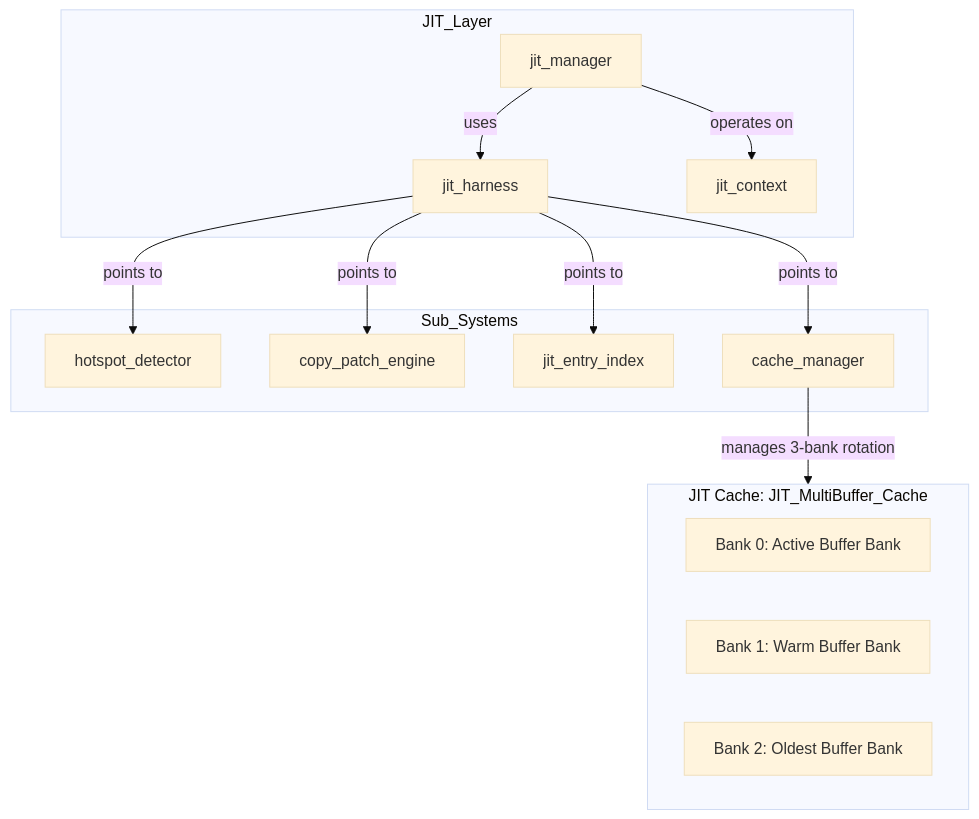
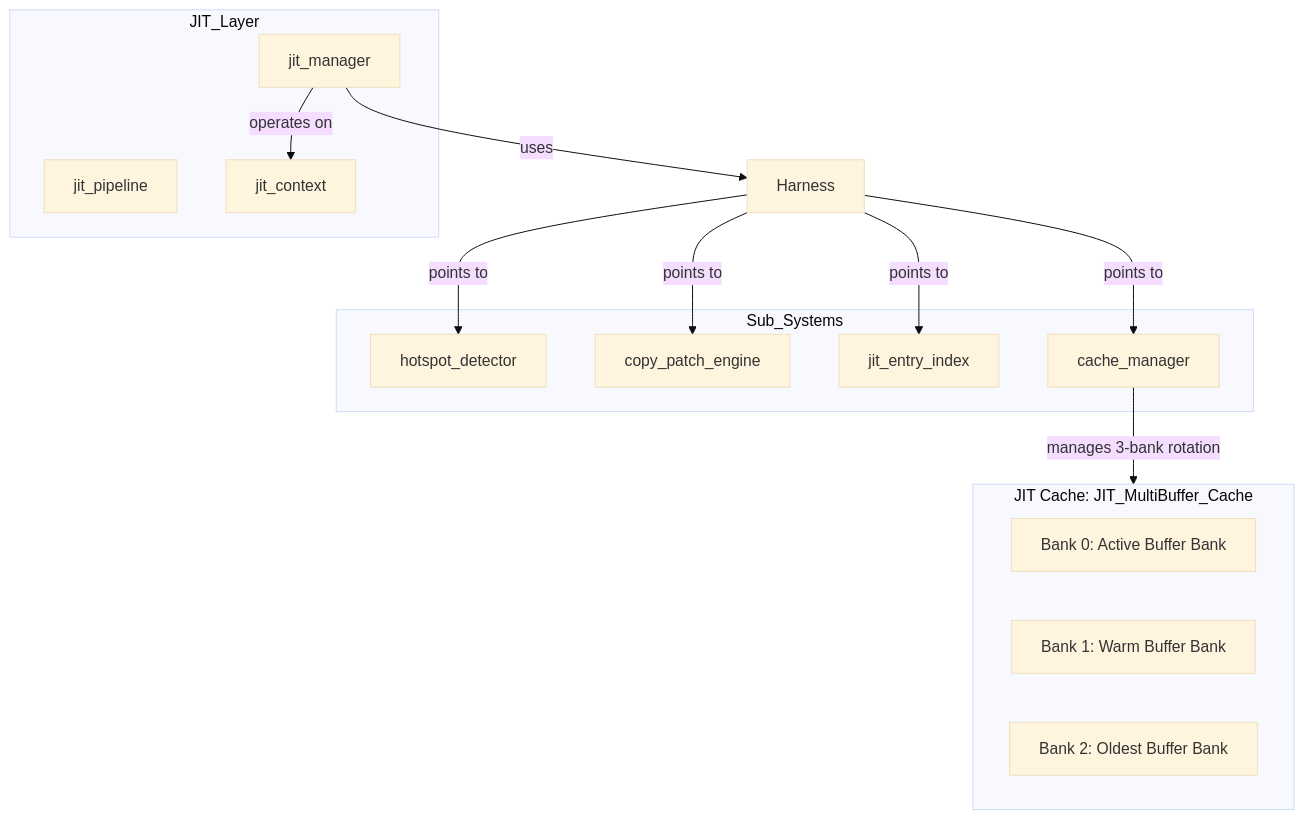
One commit to kmt-t/fireball changed the first of 3 diagrams in docs/components/tier3_jit/jit_compiler.md. Above: the diagram before and after it, drawn with Mermaid (base theme). The commit also changed other lines of this file and 20 other files, not shown here.

````diff
--- a/docs/components/tier3_jit/jit_compiler.md
+++ b/docs/components/tier3_jit/jit_compiler.md
@@ -28,29 +28,29 @@
 ```mermaid
 graph TD
     subgraph JIT_Layer
-        Harness[jit_harness]
+        Pipeline[jit_pipeline]
         Manager[jit_manager]
         Context[jit_context]
     end
 
     subgraph Sub_Systems
         Detector[hotspot_detector]
         Engine[copy_patch_engine]
         Index[jit_entry_index]
         Cache[cache_manager]
     end
 
     subgraph Memory_Buffers ["JIT Cache: JIT_MultiBuffer_Cache"]
         ActiveBuffer["Bank 0: Active Buffer Bank"]
         WarmBuffer["Bank 1: Warm Buffer Bank"]
         OldBuffer["Bank 2: Oldest Buffer Bank"]
     end
 
     Manager -- uses --> Harness
     Harness -- points to --> Detector
     Harness -- points to --> Engine
     Harness -- points to --> Index
     Harness -- points to --> Cache
     Cache -- manages 3-bank rotation --> Memory_Buffers
     Manager -- operates on --> Context
 ```
````
